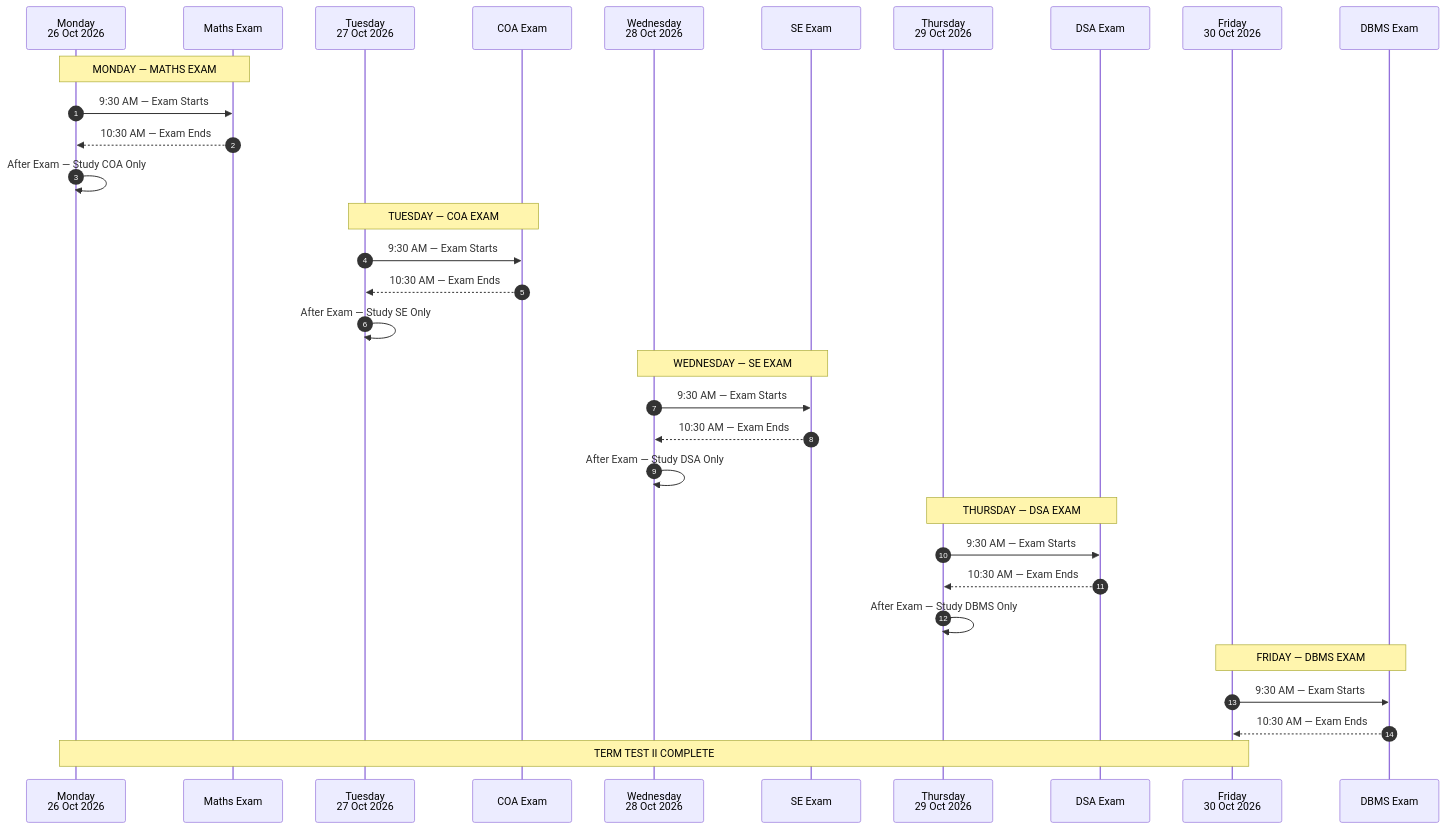
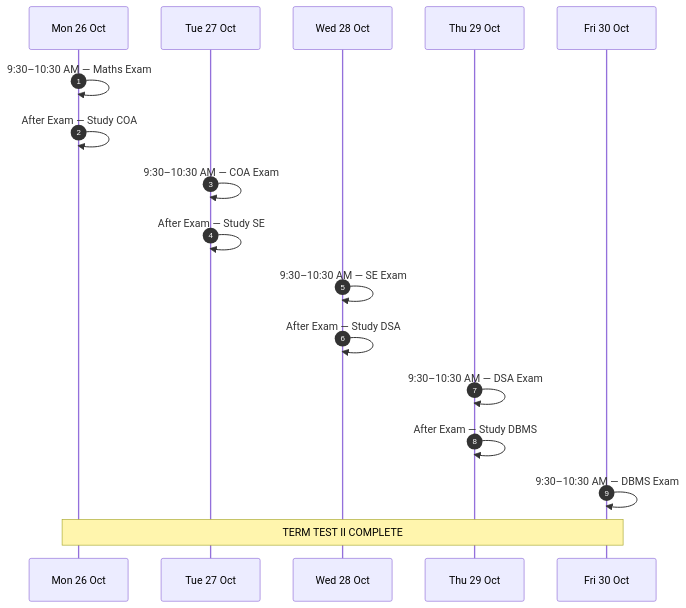
Before and after one commit to P7XCKD/NF: the second of 2 diagrams in Notes Factory/sem 3/Exam/PT 2 Study Schedule.md, drawn with Mermaid.

Commit message:
create/update 'PT 2 Study Schedule.md' file

````diff
--- a/Notes Factory/sem 3/Exam/PT 2 Study Schedule.md
+++ b/Notes Factory/sem 3/Exam/PT 2 Study Schedule.md
@@ -38,46 +38,26 @@
 ```mermaid
 sequenceDiagram
     autonumber
 
-    participant MON as Monday<br/>26 Oct 2026
-    participant MATHS as Maths Exam
-    participant TUE as Tuesday<br/>27 Oct 2026
-    participant COA as COA Exam
-    participant WED as Wednesday<br/>28 Oct 2026
-    participant SE as SE Exam
-    participant THU as Thursday<br/>29 Oct 2026
-    participant DSA as DSA Exam
-    participant FRI as Friday<br/>30 Oct 2026
-    participant DBMS as DBMS Exam
+    participant MON as Mon 26 Oct
+    participant TUE as Tue 27 Oct
+    participant WED as Wed 28 Oct
+    participant THU as Thu 29 Oct
+    participant FRI as Fri 30 Oct
 
-    Note over MON,MATHS: MONDAY — MATHS EXAM
+    MON->>MON: 9:30–10:30 AM — Maths Exam
+    MON->>MON: After Exam — Study COA
 
-    MON->>MATHS: 9:30 AM — Exam Starts
-    MATHS-->>MON: 10:30 AM — Exam Ends
-    MON->>MON: After Exam — Study COA Only
+    TUE->>TUE: 9:30–10:30 AM — COA Exam
+    TUE->>TUE: After Exam — Study SE
 
-    Note over TUE,COA: TUESDAY — COA EXAM
+    WED->>WED: 9:30–10:30 AM — SE Exam
+    WED->>WED: After Exam — Study DSA
 
-    TUE->>COA: 9:30 AM — Exam Starts
-    COA-->>TUE: 10:30 AM — Exam Ends
-    TUE->>TUE: After Exam — Study SE Only
+    THU->>THU: 9:30–10:30 AM — DSA Exam
+    THU->>THU: After Exam — Study DBMS
 
-    Note over WED,SE: WEDNESDAY — SE EXAM
-
-    WED->>SE: 9:30 AM — Exam Starts
-    SE-->>WED: 10:30 AM — Exam Ends
-    WED->>WED: After Exam — Study DSA Only
-
-    Note over THU,DSA: THURSDAY — DSA EXAM
-
-    THU->>DSA: 9:30 AM — Exam Starts
-    DSA-->>THU: 10:30 AM — Exam Ends
-    THU->>THU: After Exam — Study DBMS Only
-
-    Note over FRI,DBMS: FRIDAY — DBMS EXAM
-
-    FRI->>DBMS: 9:30 AM — Exam Starts
-    DBMS-->>FRI: 10:30 AM — Exam Ends
+    FRI->>FRI: 9:30–10:30 AM — DBMS Exam
 
     Note over MON,FRI: TERM TEST II COMPLETE
 ```
````
